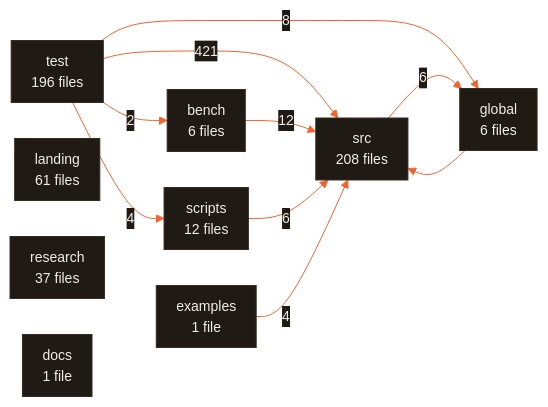
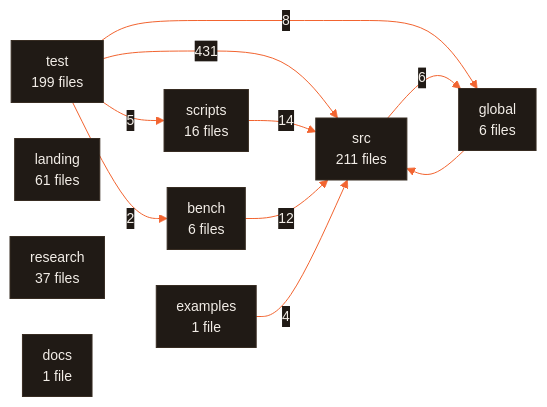
One commit to CodeWithJuber/forgekit changed the diagram in ARCHITECTURE.md. Above: the diagram before and after it, drawn with Mermaid. The commit also changed other lines of this file and 65 other files, not shown here.

````diff
--- a/ARCHITECTURE.md
+++ b/ARCHITECTURE.md
@@ -679,22 +676,22 @@
 ```mermaid
 %%{init: {'theme':'base','themeVariables':{'primaryColor':'#201a15','primaryTextColor':'#f2ede7','primaryBorderColor':'#372c22','lineColor':'#f26430','secondaryColor':'#272019','tertiaryColor':'#171310','edgeLabelBackground':'#201a15','clusterBkg':'#171310','clusterBorder':'#4a3b2e','fontFamily':'ui-sans-serif, system-ui, sans-serif','fontSize':'14px'},'flowchart':{'curve':'basis','padding':10,'nodeSpacing':36,'rankSpacing':44}}}%%
 flowchart LR
-  src["src<br/>208 files"]
-  test["test<br/>196 files"]
+  src["src<br/>211 files"]
+  test["test<br/>199 files"]
   landing["landing<br/>61 files"]
   research["research<br/>37 files"]
-  scripts["scripts<br/>12 files"]
+  scripts["scripts<br/>16 files"]
   bench["bench<br/>6 files"]
   global["global<br/>6 files"]
   docs["docs<br/>1 file"]
   examples["examples<br/>1 file"]
-  test -- 421 --> src
+  test -- 431 --> src
+  scripts -- 14 --> src
   bench -- 12 --> src
   test -- 8 --> global
-  scripts -- 6 --> src
   src -- 6 --> global
+  test -- 5 --> scripts
   examples -- 4 --> src
-  test -- 4 --> scripts
   test -- 2 --> bench
   global --> src
 ```
````
